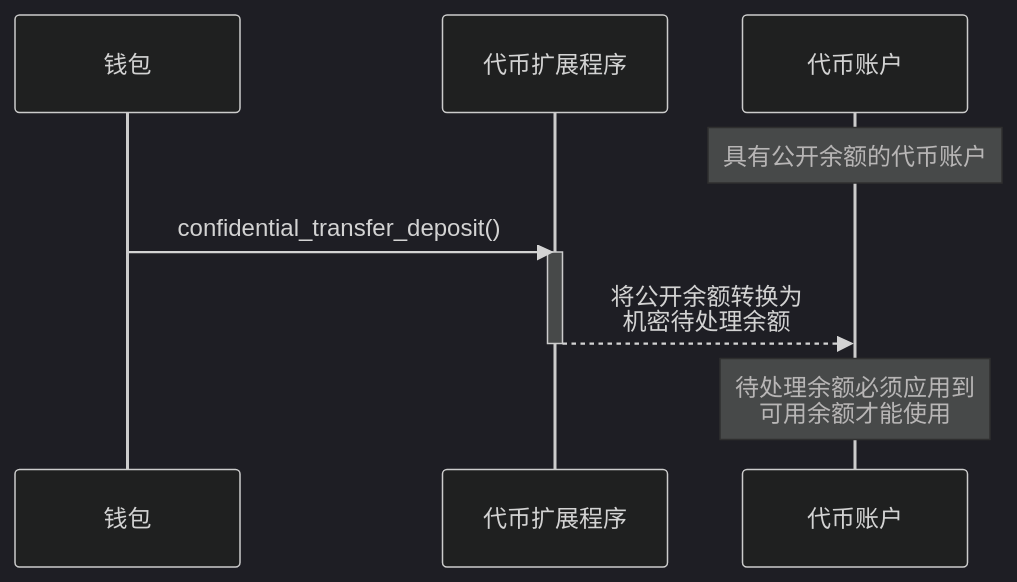
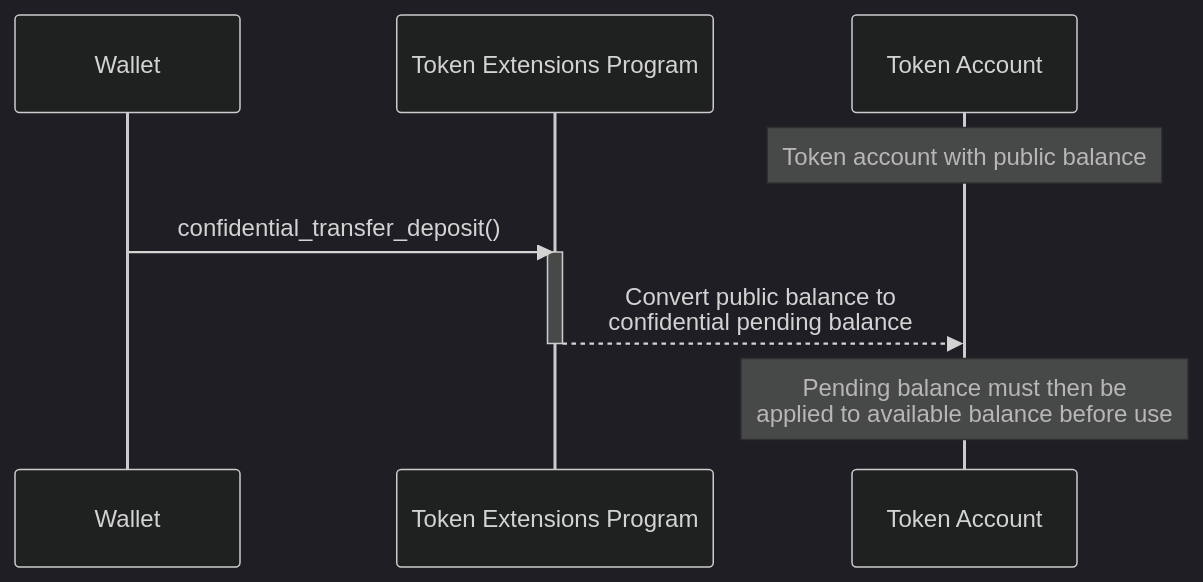
Before and after one commit to solana-foundation/solana-com: the diagram in content/docs/zh/tokens/extensions/confidential-transfer/deposit-tokens.mdx, drawn with Mermaid (dark theme). The commit also changed other lines of this file and 38 other files, not shown here.

````diff
--- a/content/docs/zh/tokens/extensions/confidential-transfer/deposit-tokens.mdx
+++ b/content/docs/zh/tokens/extensions/confidential-transfer/deposit-tokens.mdx
@@ -17,15 +17,15 @@
 ```mermaid title="Deposit Tokens"
 sequenceDiagram
-    participant Owner as 钱包
-    participant Token22 as 代币扩展程序
-    participant TokenAccount as 代币账户
+    participant Owner as Wallet
+    participant Token22 as Token Extensions Program
+    participant TokenAccount as Token Account
 
-    Note over TokenAccount: 具有公开余额的代币账户
+    Note over TokenAccount: Token account with public balance
 
     Owner->>Token22: confidential_transfer_deposit()
     activate Token22
-    Token22-->>TokenAccount: 将公开余额转换为 <br> 机密待处理余额
+    Token22-->>TokenAccount: Convert public balance to <br> confidential pending balance
     deactivate Token22
 
-    Note over TokenAccount: 待处理余额必须应用到 <br> 可用余额才能使用
+    Note over TokenAccount: Pending balance must then be <br> applied to available balance before use
 ```
````
